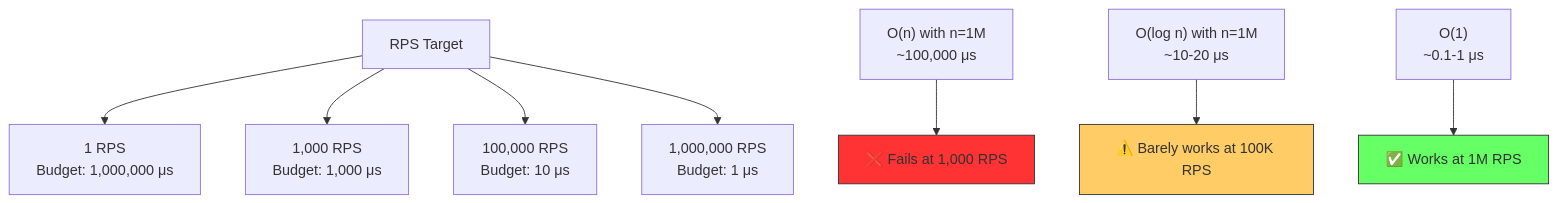
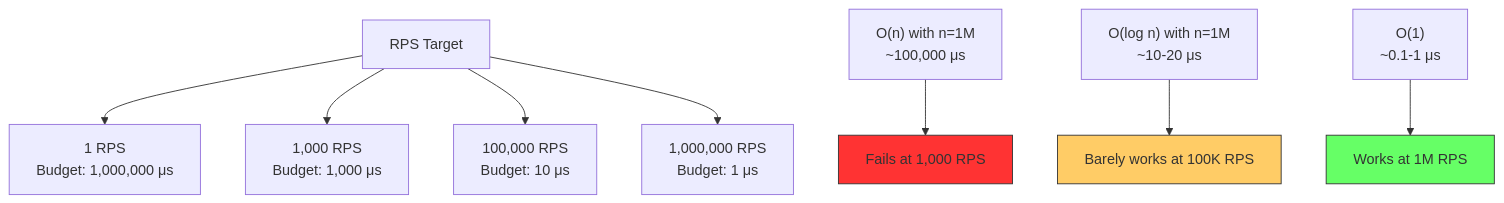
Before and after one commit to Vtheonly/Obsidian_Notes: the first of 3 diagrams in SWE/System Design/1 Million RPS Knowledge/Chapter 6. Big O Notation and Algorithms/6.4 O(1) Constant Time.md, drawn with Mermaid. The commit also changed 1506 other files, not shown here.

````diff
--- a/SWE/System Design/1 Million RPS Knowledge/Chapter 6. Big O Notation and Algorithms/6.4 O(1) Constant Time.md
+++ b/SWE/System Design/1 Million RPS Knowledge/Chapter 6. Big O Notation and Algorithms/6.4 O(1) Constant Time.md
@@ -75,15 +75,15 @@
 ```mermaid
 graph TD
     A["RPS Target"] --> B["1 RPS<br/>Budget: 1,000,000 μs"]
     A --> C["1,000 RPS<br/>Budget: 1,000 μs"]
     A --> D["100,000 RPS<br/>Budget: 10 μs"]
     A --> E["1,000,000 RPS<br/>Budget: 1 μs"]
     
-    F["O(n) with n=1M<br/>~100,000 μs"] --> G["❌ Fails at 1,000 RPS"]
-    H["O(log n) with n=1M<br/>~10-20 μs"] --> I["⚠️ Barely works at 100K RPS"]
-    J["O(1)<br/>~0.1-1 μs"] --> K["✅ Works at 1M RPS"]
+    F["O(n) with n=1M<br/>~100,000 μs"] --> G[" Fails at 1,000 RPS"]
+    H["O(log n) with n=1M<br/>~10-20 μs"] --> I[" Barely works at 100K RPS"]
+    J["O(1)<br/>~0.1-1 μs"] --> K[" Works at 1M RPS"]
     
     style G fill:#f33,stroke:#333
     style I fill:#fc6,stroke:#333
     style K fill:#6f6,stroke:#333
 ```
````
